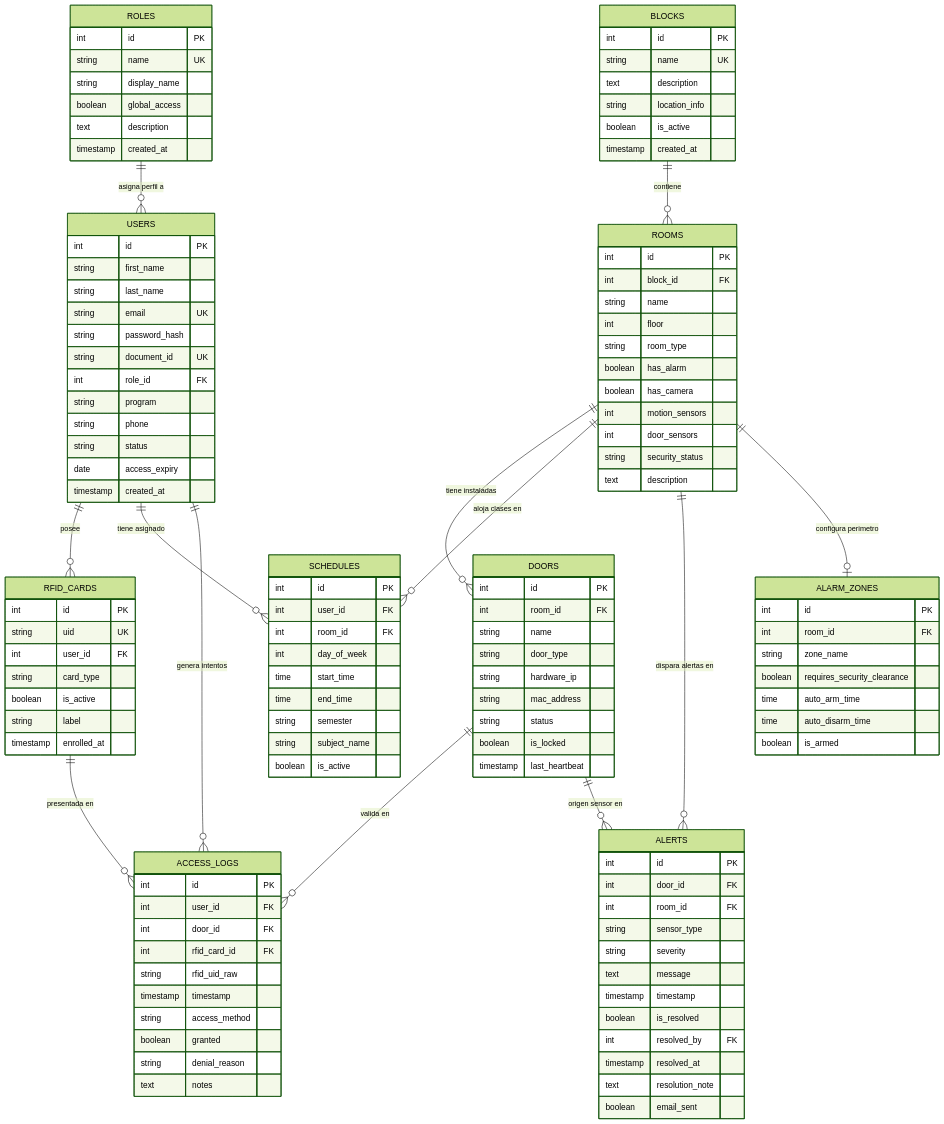
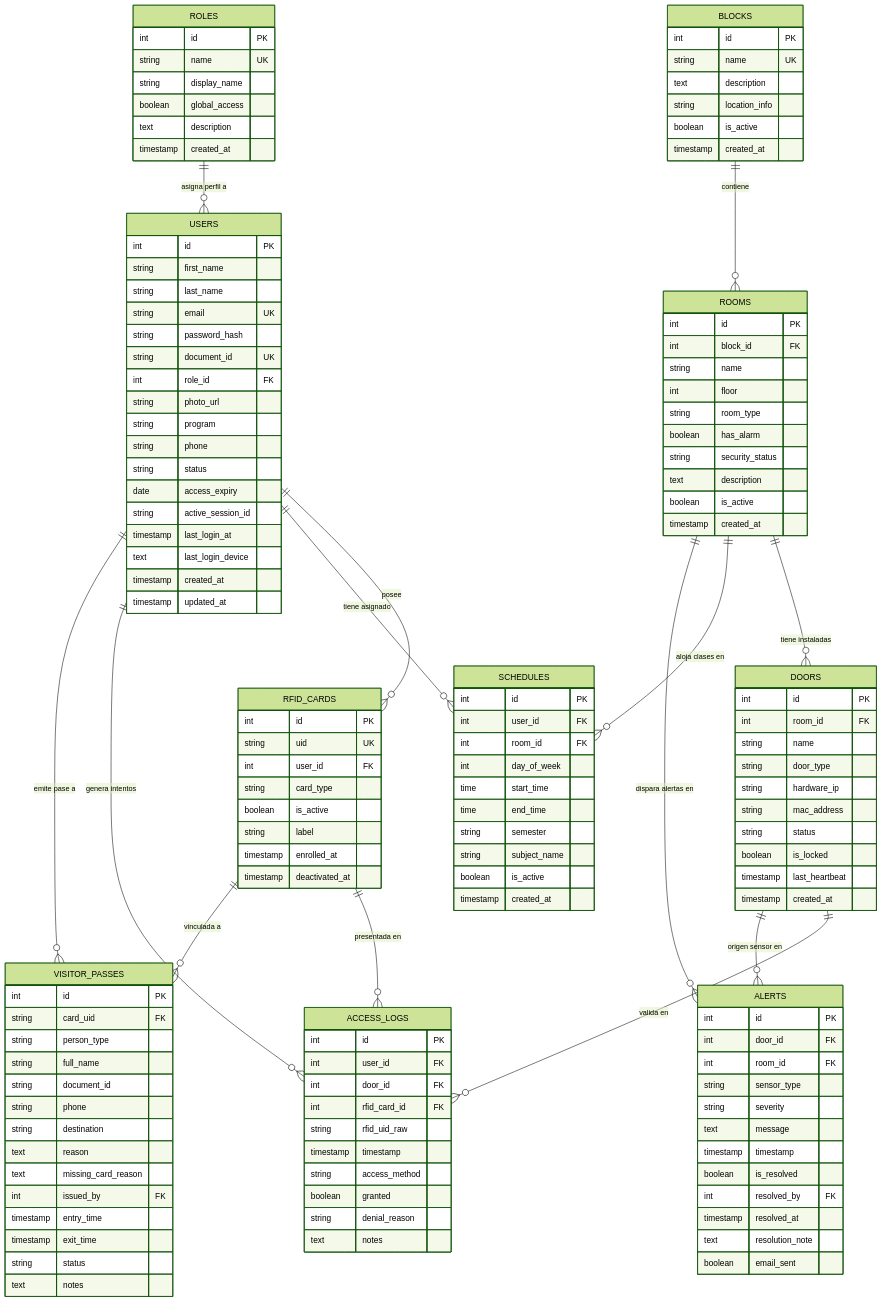
One commit to VoctorMCL/RFID changed the diagram in docs/DATABASE.md. Above: the diagram before and after it, drawn with Mermaid (forest theme). The commit also changed other lines of this file and 27 other files, not shown here.

````diff
--- a/docs/DATABASE.md
+++ b/docs/DATABASE.md
@@ -23,16 +23,17 @@
     USERS ||--o{ RFID_CARDS : "posee"
     USERS ||--o{ SCHEDULES : "tiene asignado"
     USERS ||--o{ ACCESS_LOGS : "genera intentos"
+    USERS ||--o{ VISITOR_PASSES : "emite pase a"
     
     BLOCKS ||--o{ ROOMS : "contiene"
     ROOMS ||--o{ DOORS : "tiene instaladas"
     ROOMS ||--o{ SCHEDULES : "aloja clases en"
     ROOMS ||--o{ ALERTS : "dispara alertas en"
-    ROOMS ||--o| ALARM_ZONES : "configura perimetro"
     
     DOORS ||--o{ ACCESS_LOGS : "valida en"
     DOORS ||--o{ ALERTS : "origen sensor en"
     RFID_CARDS ||--o{ ACCESS_LOGS : "presentada en"
+    RFID_CARDS ||--o{ VISITOR_PASSES : "vinculada a"
 
     ROLES {
         int id PK
@@ -51,11 +52,16 @@
         string password_hash
         string document_id UK
         int role_id FK
+        string photo_url
         string program
         string phone
         string status
         date access_expiry
+        string active_session_id
+        timestamp last_login_at
+        text last_login_device
         timestamp created_at
+        timestamp updated_at
     }
 
     BLOCKS {
@@ -74,11 +80,10 @@
         int floor
         string room_type
         boolean has_alarm
-        boolean has_camera
-        int motion_sensors
-        int door_sensors
         string security_status
         text description
+        boolean is_active
+        timestamp created_at
     }
 
     DOORS {
@@ -91,6 +96,7 @@
         string status
         boolean is_locked
         timestamp last_heartbeat
+        timestamp created_at
     }
 
     RFID_CARDS {
@@ -101,6 +107,7 @@
         boolean is_active
         string label
         timestamp enrolled_at
+        timestamp deactivated_at
     }
 
     SCHEDULES {
@@ -113,6 +120,7 @@
         string semester
         string subject_name
         boolean is_active
+        timestamp created_at
     }
 
     ACCESS_LOGS {
@@ -143,13 +151,20 @@
         boolean email_sent
     }
 
-    ALARM_ZONES {
+    VISITOR_PASSES {
         int id PK
-        int room_id FK
-        string zone_name
-        boolean requires_security_clearance
-        time auto_arm_time
-        time auto_disarm_time
-        boolean is_armed
+        string card_uid FK
+        string person_type
+        string full_name
+        string document_id
+        string phone
+        string destination
+        text reason
+        text missing_card_reason
+        int issued_by FK
+        timestamp entry_time
+        timestamp exit_time
+        string status
+        text notes
     }
 ```
````
